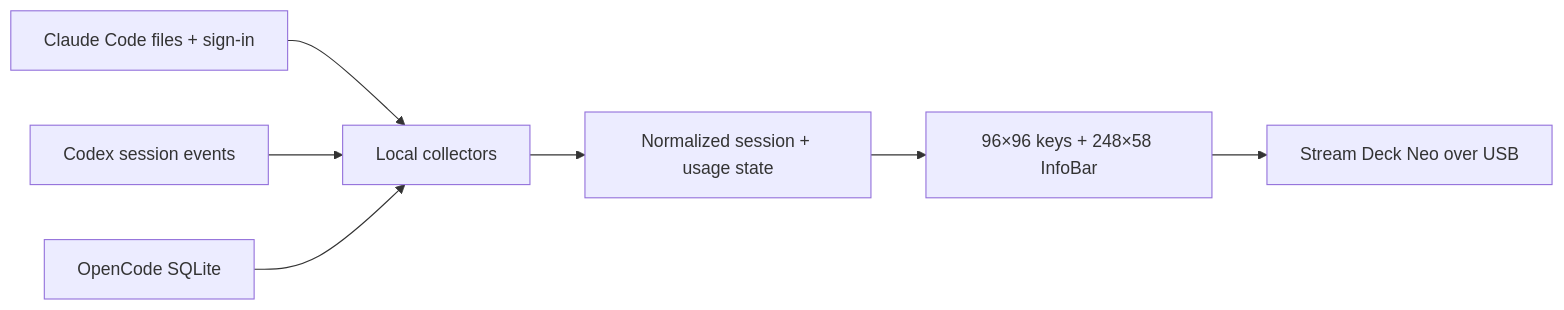
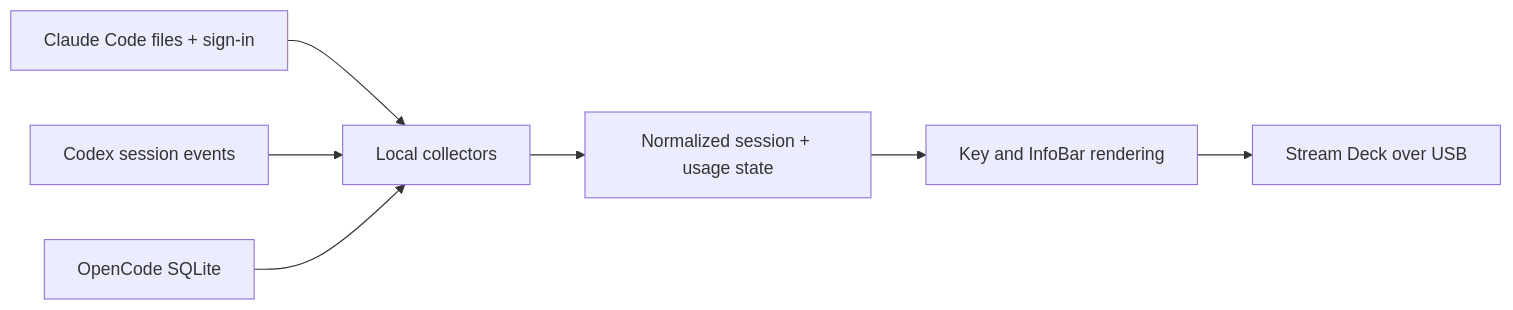
The diagram in README.md (m-a-b-u/neo-agent-deck), drawn with Mermaid before and after one commit. The commit also changed other lines of this file and 2 other files, not shown here.

Commit message:
docs: document support for classic Stream Deck models

````diff
--- a/README.md
+++ b/README.md
@@ -131,9 +149,9 @@
 ```mermaid
 flowchart LR
   C["Claude Code files + sign-in"] --> D["Local collectors"]
   X["Codex session events"] --> D
   O["OpenCode SQLite"] --> D
   D --> S["Normalized session + usage state"]
-  S --> R["96×96 keys + 248×58 InfoBar"]
-  R --> N["Stream Deck Neo over USB"]
+  S --> R["Key and InfoBar rendering"]
+  R --> N["Stream Deck over USB"]
 ```
````
